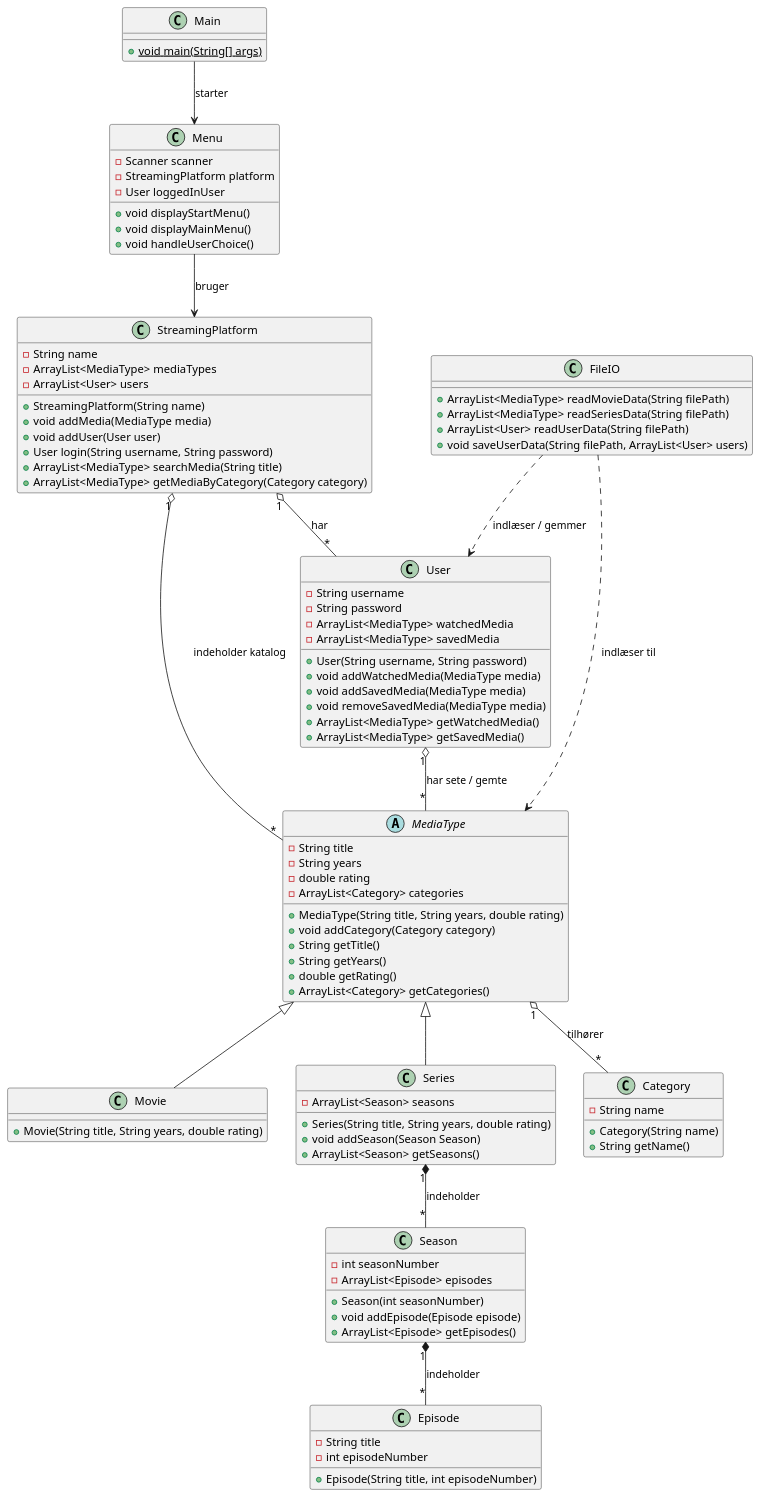
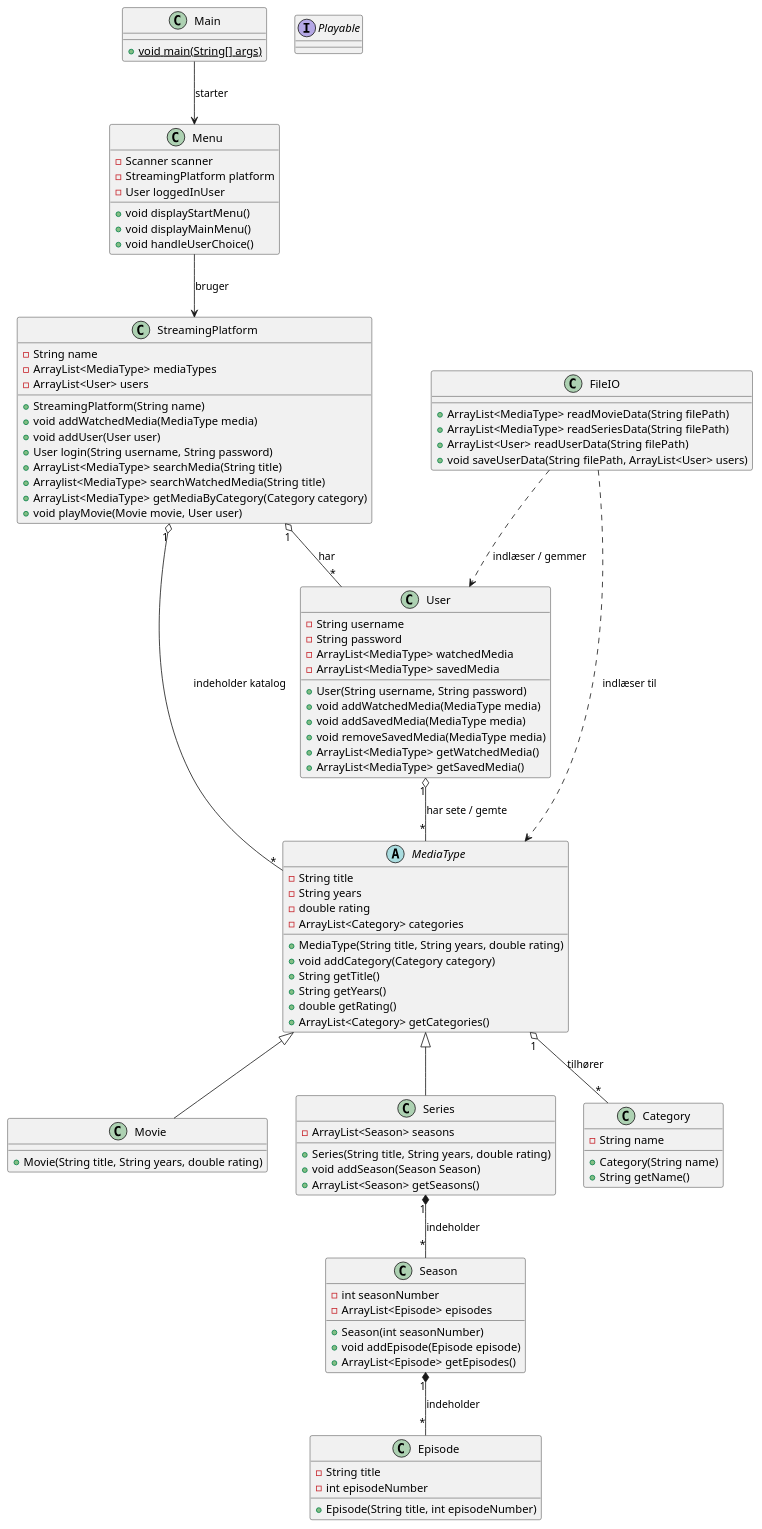
Before and after one commit to offwong/SP3: the diagram in doc/static/test.puml, drawn with PlantUML.

```diff
--- a/doc/static/test.puml
+++ b/doc/static/test.puml
@@ -1,117 +1,126 @@
 @startuml
 
 ' Styrer flow, menuer og brugerinteraktion
 class Main {
     + {static} void main(String[] args)
 }
 
 class Menu {
     - Scanner scanner
     - StreamingPlatform platform
     - User loggedInUser
 
     + void displayStartMenu()
     + void displayMainMenu()
     + void handleUserChoice()
 }
 
 ' Bruger-klasse med lister over medier
 class User {
     - String username
     - String password
     - ArrayList<MediaType> watchedMedia
     - ArrayList<MediaType> savedMedia
 
     + User(String username, String password)
     + void addWatchedMedia(MediaType media)
     + void addSavedMedia(MediaType media)
     + void removeSavedMedia(MediaType media)
     + ArrayList<MediaType> getWatchedMedia()
     + ArrayList<MediaType> getSavedMedia()
 }
 
 ' Overordnet platform eller system-holder
 class StreamingPlatform {
     - String name
     - ArrayList<MediaType> mediaTypes
     - ArrayList<User> users
 
     + StreamingPlatform(String name)
-    + void addMedia(MediaType media)
+    + void addWatchedMedia(MediaType media)
     + void addUser(User user)
     + User login(String username, String password)
     + ArrayList<MediaType> searchMedia(String title)
+    + Arraylist<MediaType> searchWatchedMedia(String title)
     + ArrayList<MediaType> getMediaByCategory(Category category)
+    + void playMovie(Movie movie, User user)
+
 }
+
+interface Playable
+
+
+
+
 
 ' Abstrakt superklasse for medier (Film & Serier)
 abstract class MediaType {
     - String title
     - String years
     - double rating
     - ArrayList<Category> categories
 
     + MediaType(String title, String years, double rating)
     + void addCategory(Category category)
     + String getTitle()
     + String getYears()
     + double getRating()
     + ArrayList<Category> getCategories()
 }
 
 class Movie extends MediaType {
     + Movie(String title, String years, double rating)
 }
 
 class Series extends MediaType {
     - ArrayList<Season> seasons
 
     + Series(String title, String years, double rating)
     + void addSeason(Season Season)
     + ArrayList<Season> getSeasons()
 }
 
 class Season {
     - int seasonNumber
     - ArrayList<Episode> episodes
 
     + Season(int seasonNumber)
     + void addEpisode(Episode episode)
     + ArrayList<Episode> getEpisodes()
 }
 
 class Episode {
     - String title
     - int episodeNumber
 
     + Episode(String title, int episodeNumber)
 }
 
 class Category {
     - String name
 
     + Category(String name)
     + String getName()
 }
 
 ' Håndtering af tekstfiler (læsning af film/serier og brugere)
 class FileIO {
     + ArrayList<MediaType> readMovieData(String filePath)
     + ArrayList<MediaType> readSeriesData(String filePath)
     + ArrayList<User> readUserData(String filePath)
     + void saveUserData(String filePath, ArrayList<User> users)
 }
 
 ' Relationer
 Main --> Menu : starter
 Menu --> StreamingPlatform : bruger
 StreamingPlatform "1" o-- "*" User : har
 StreamingPlatform "1" o-- "*" MediaType : indeholder katalog
 MediaType "1" o-- "*" Category : tilhører
 Series "1" *-- "*" Season : indeholder
 Season "1" *-- "*" Episode : indeholder
 User "1" o-- "*" MediaType : har sete / gemte
 FileIO ..> MediaType : indlæser til
 FileIO ..> User : indlæser / gemmer
 
 @enduml
```
